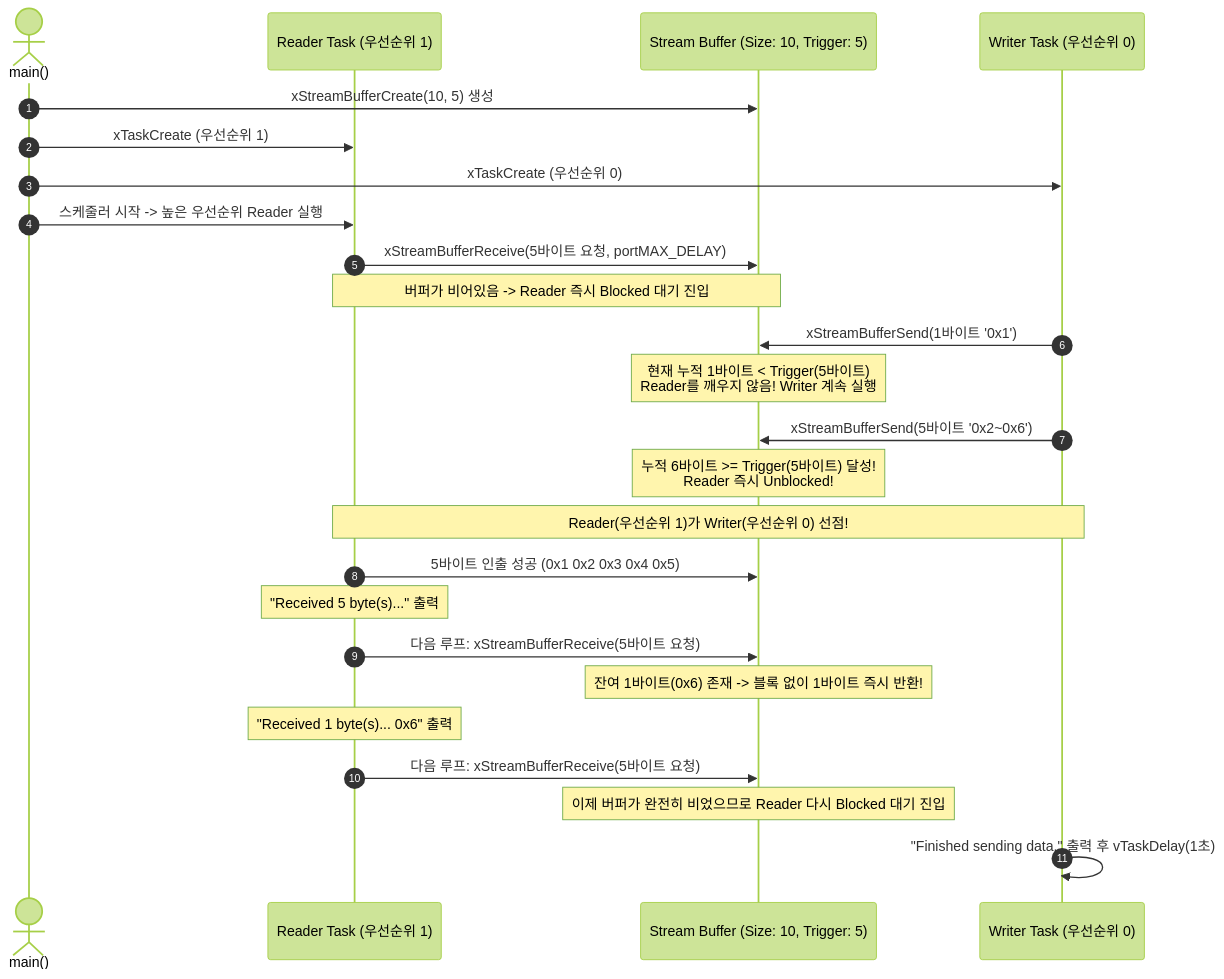
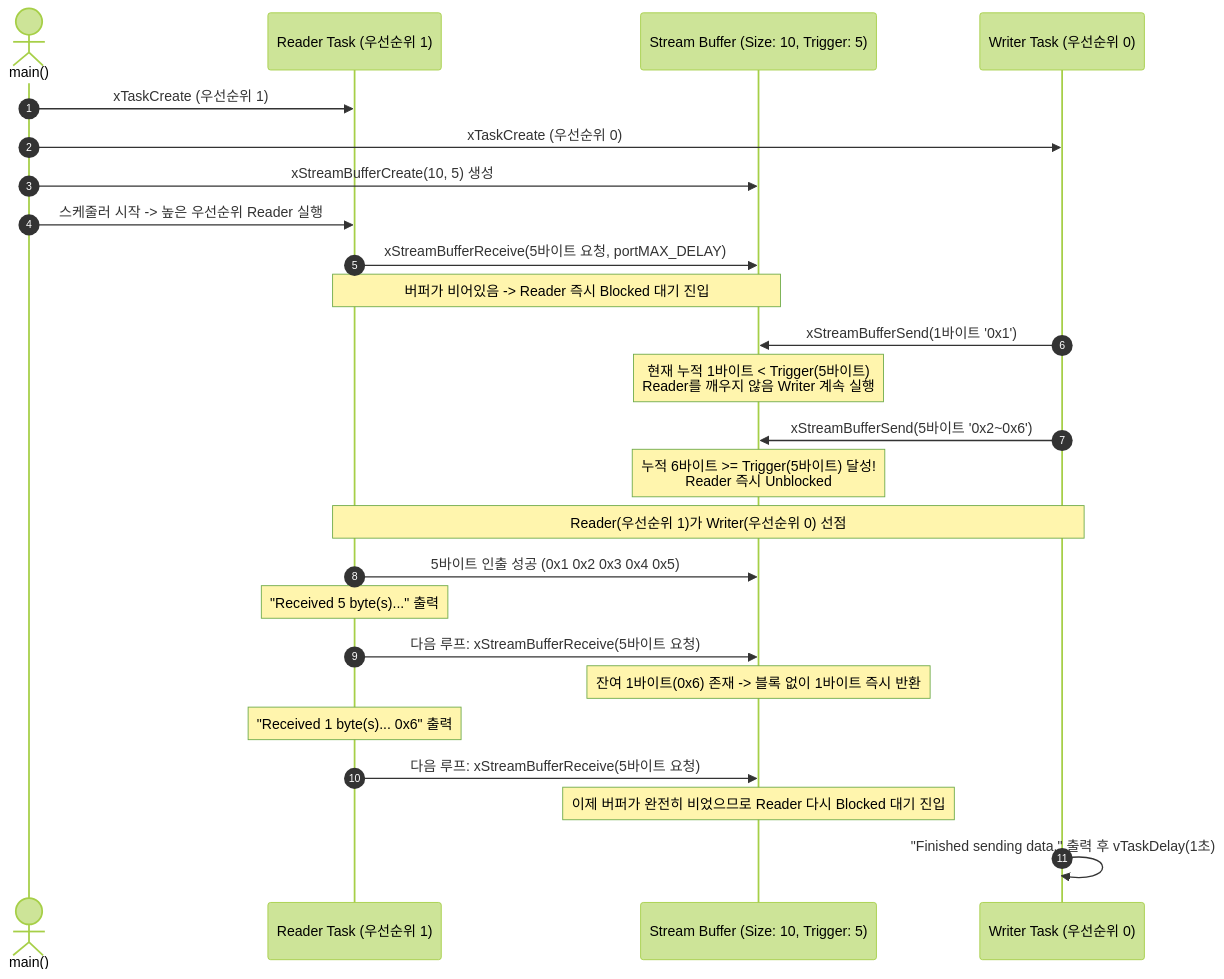
One commit to yunju-baek/FreeRTOS-Tutorials-ko changed the second of 2 diagrams in ko/guides/tutorial_19.md. Above: the diagram before and after it, drawn with Mermaid (forest theme). The commit also changed other lines of this file and 37 other files, not shown here.

````diff
--- a/ko/guides/tutorial_19.md
+++ b/ko/guides/tutorial_19.md
@@ -87,32 +70,32 @@
 ```mermaid
 sequenceDiagram
     autonumber
     actor Main as main()
     participant Reader as Reader Task (우선순위 1)
     participant Buffer as Stream Buffer (Size: 10, Trigger: 5)
     participant Writer as Writer Task (우선순위 0)
 
-    Main->>Buffer: xStreamBufferCreate(10, 5) 생성
     Main->>Reader: xTaskCreate (우선순위 1)
     Main->>Writer: xTaskCreate (우선순위 0)
+    Main->>Buffer: xStreamBufferCreate(10, 5) 생성
     Main->>Reader: 스케줄러 시작 -> 높은 우선순위 Reader 실행
 
     Reader->>Buffer: xStreamBufferReceive(5바이트 요청, portMAX_DELAY)
     Note over Reader,Buffer: 버퍼가 비어있음 -> Reader 즉시 Blocked 대기 진입
 
     Writer->>Buffer: xStreamBufferSend(1바이트 '0x1')
-    Note over Buffer: 현재 누적 1바이트 < Trigger(5바이트)<br/>Reader를 깨우지 않음! Writer 계속 실행
+    Note over Buffer: 현재 누적 1바이트 < Trigger(5바이트)<br/>Reader를 깨우지 않음 Writer 계속 실행
     Writer->>Buffer: xStreamBufferSend(5바이트 '0x2~0x6')
-    Note over Buffer: 누적 6바이트 >= Trigger(5바이트) 달성!<br/>Reader 즉시 Unblocked!
+    Note over Buffer: 누적 6바이트 >= Trigger(5바이트) 달성!<br/>Reader 즉시 Unblocked
 
-    Note over Reader,Writer: Reader(우선순위 1)가 Writer(우선순위 0) 선점!
+    Note over Reader,Writer: Reader(우선순위 1)가 Writer(우선순위 0) 선점
     Reader->>Buffer: 5바이트 인출 성공 (0x1 0x2 0x3 0x4 0x5)
     Note over Reader: "Received 5 byte(s)..." 출력
     Reader->>Buffer: 다음 루프: xStreamBufferReceive(5바이트 요청)
-    Note over Buffer: 잔여 1바이트(0x6) 존재 -> 블록 없이 1바이트 즉시 반환!
+    Note over Buffer: 잔여 1바이트(0x6) 존재 -> 블록 없이 1바이트 즉시 반환
     Note over Reader: "Received 1 byte(s)... 0x6" 출력
     Reader->>Buffer: 다음 루프: xStreamBufferReceive(5바이트 요청)
     Note over Buffer: 이제 버퍼가 완전히 비었으므로 Reader 다시 Blocked 대기 진입
 
     Writer->>Writer: "Finished sending data." 출력 후 vTaskDelay(1초)
 ```
````
